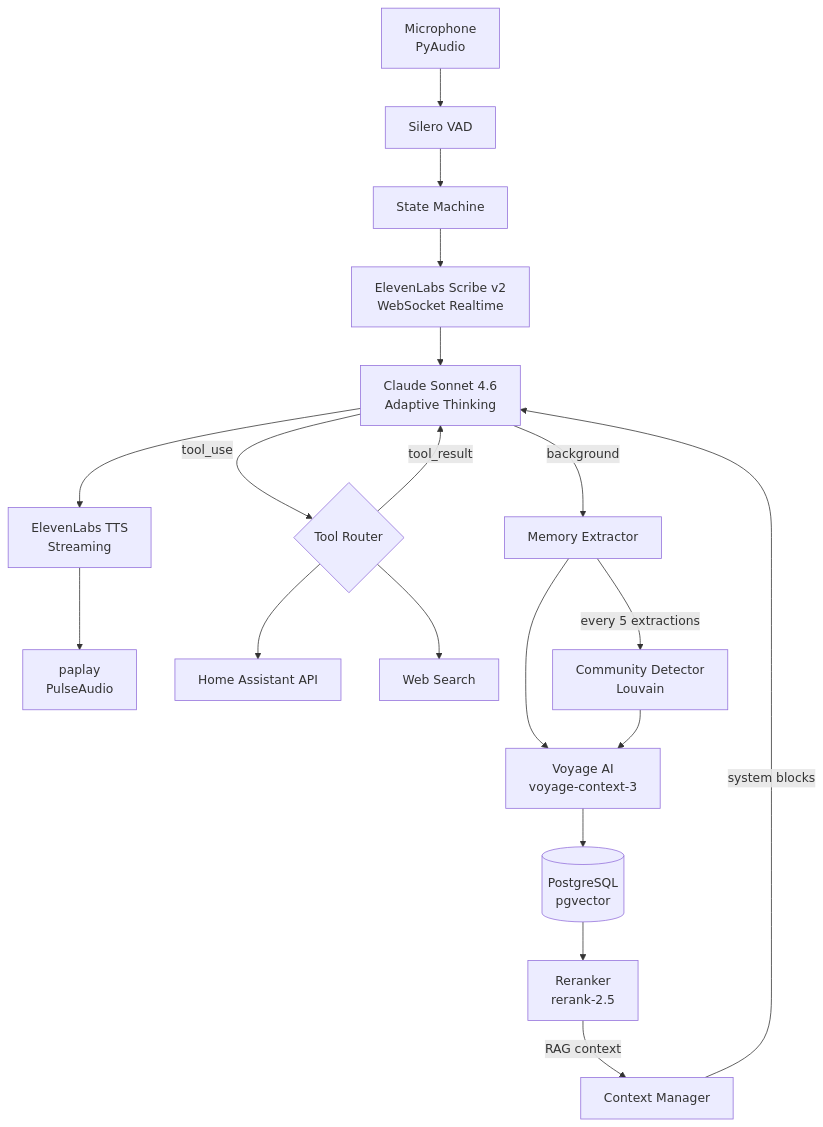
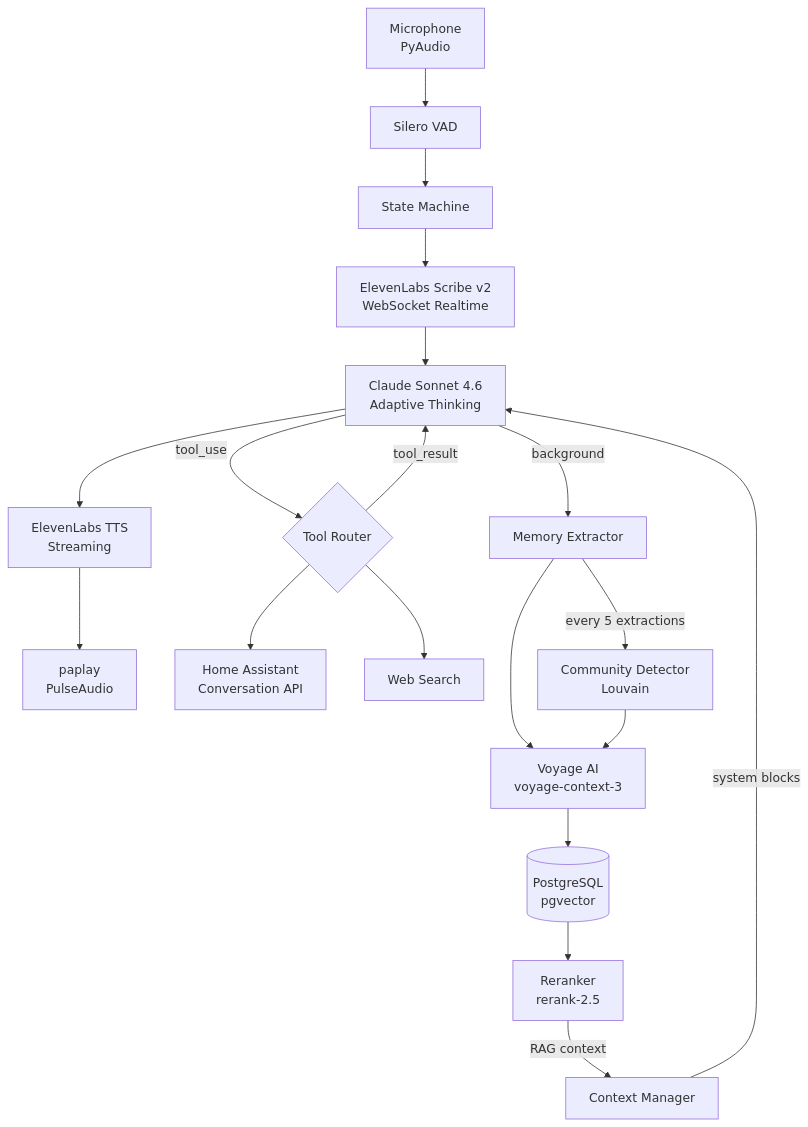
The first of 2 diagrams in README.md (NorthProt-Inc/prot), drawn with Mermaid before and after one commit. The commit also changed other lines of this file and 3 other files, not shown here.

````diff
--- a/README.md
+++ b/README.md
@@ -23,22 +25,22 @@
 ```mermaid
 graph TD
     MIC[Microphone<br/>PyAudio] --> VAD[Silero VAD]
     VAD --> SM[State Machine]
     SM --> STT[ElevenLabs Scribe v2<br/>WebSocket Realtime]
     STT --> LLM[Claude Sonnet 4.6<br/>Adaptive Thinking]
     LLM --> TTS[ElevenLabs TTS<br/>Streaming]
     TTS --> PLAY[paplay<br/>PulseAudio]
 
     LLM -->|tool_use| TOOLS{Tool Router}
-    TOOLS --> HASS[Home Assistant API]
+    TOOLS --> HASS[Home Assistant<br/>Conversation API]
     TOOLS --> WEB[Web Search]
     TOOLS -->|tool_result| LLM
 
     LLM -->|background| MEM[Memory Extractor]
     MEM --> EMB[Voyage AI<br/>voyage-context-3]
     EMB --> DB[(PostgreSQL<br/>pgvector)]
     MEM -->|every 5 extractions| COMM[Community Detector<br/>Louvain]
     COMM --> EMB
     DB --> RERANK[Reranker<br/>rerank-2.5] -->|RAG context| CTX[Context Manager]
     CTX -->|system blocks| LLM
 ```
````
